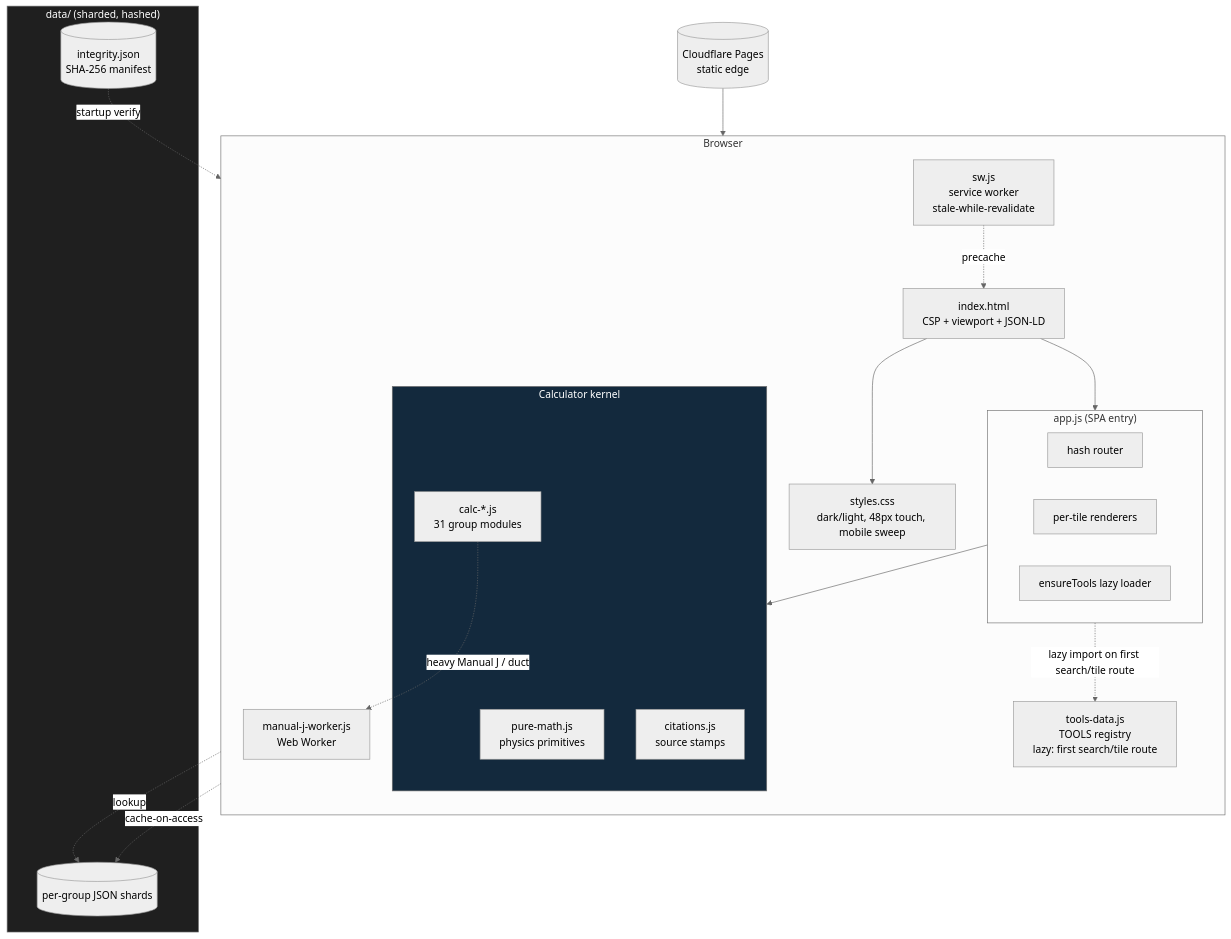
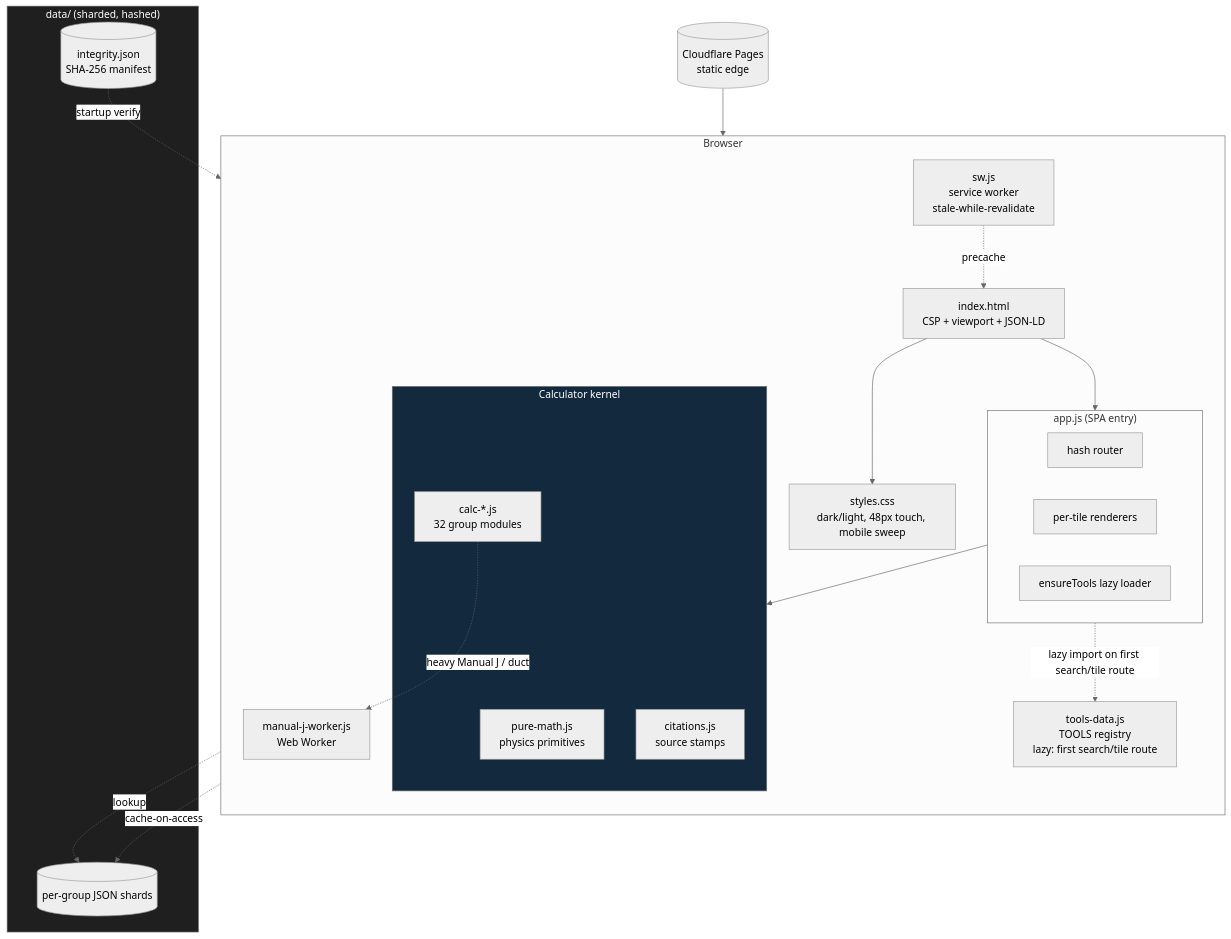
Before and after one commit to clay-good/roughlogic.com: the second of 8 diagrams in README.md, drawn with Mermaid (neutral theme). The commit also changed other lines of this file and 20 other files, not shown here.

````diff
--- a/README.md
+++ b/README.md
@@ -77,39 +77,39 @@
 ```mermaid
 flowchart TB
     subgraph Browser
         direction TB
         HTML[index.html\nCSP + viewport + JSON-LD]
         CSS[styles.css\ndark/light, 48px touch, mobile sweep]
         subgraph App["app.js (SPA entry)"]
             ROUTE[hash router]
             RENDER[per-tile renderers]
             ENSURE[ensureTools lazy loader]
         end
         TOOLS[tools-data.js\nTOOLS registry\nlazy: first search/tile route]
         subgraph Calc["Calculator kernel"]
             PM[pure-math.js\nphysics primitives]
-            CALC[calc-*.js\n31 group modules]
+            CALC[calc-*.js\n32 group modules]
             CIT[citations.js\nsource stamps]
         end
         SW[sw.js\nservice worker\nstale-while-revalidate]
         WORKER[manual-j-worker.js\nWeb Worker]
     end
     subgraph Data["data/ (sharded, hashed)"]
         SHARDS[(per-group JSON shards)]
         INTEG[(integrity.json\nSHA-256 manifest)]
     end
     CDN[(Cloudflare Pages\nstatic edge)]
 
     CDN --> HTML
     HTML --> CSS
     HTML --> App
     App -.lazy import on first search/tile route.-> TOOLS
     App --> Calc
     CALC -.->|heavy Manual J / duct| WORKER
     CALC -.->|lookup| SHARDS
     SW -.precache.-> HTML
     SW -.cache-on-access.-> SHARDS
     INTEG -.startup verify.-> App
     style Calc fill:#13293d,color:#fff
     style Data fill:#1f1f1f,color:#fff
 ```
````
